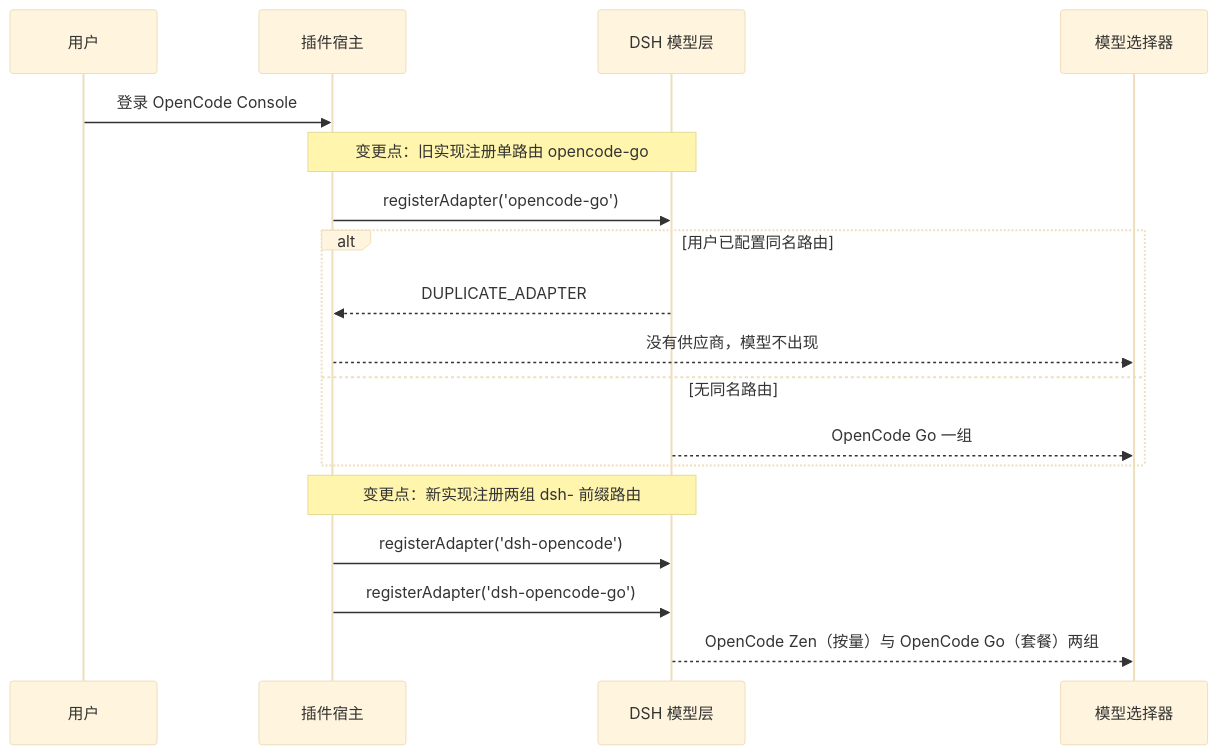
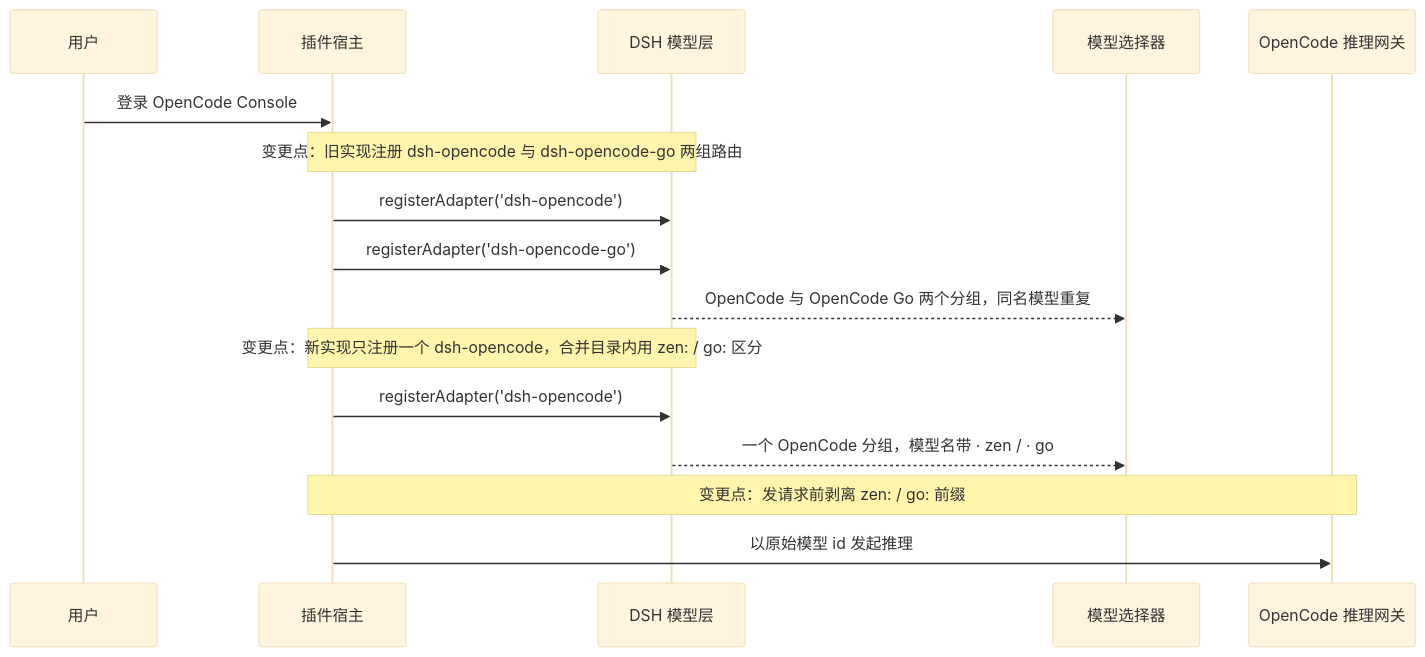
One commit to FNOSP/fnos-dsh changed the second of 5 diagrams in docs/plans/PLAN-FNOS-026-dsh-opencode-plugin.md. Above: the diagram before and after it, drawn with Mermaid (base theme). The commit also changed other lines of this file and 24 other files, not shown here.

First line of the commit message:
feat(opencode): 合并模型列表，模型名增加 zen/go 后缀

````diff
--- a/docs/plans/PLAN-FNOS-026-dsh-opencode-plugin.md
+++ b/docs/plans/PLAN-FNOS-026-dsh-opencode-plugin.md
@@ -68,20 +67,18 @@
 ```mermaid
 sequenceDiagram
   participant User as 用户
   participant Plugin as 插件宿主
   participant LLM as DSH 模型层
   participant Selector as 模型选择器
+  participant Gateway as OpenCode 推理网关
   User->>Plugin: 登录 OpenCode Console
-  Note over Plugin,LLM: 变更点：旧实现注册单路由 opencode-go
-  Plugin->>LLM: registerAdapter('opencode-go')
-  alt 用户已配置同名路由
-    LLM-->>Plugin: DUPLICATE_ADAPTER
-    Plugin-->>Selector: 没有供应商，模型不出现
-  else 无同名路由
-    LLM-->>Selector: OpenCode Go 一组
-  end
-  Note over Plugin,LLM: 变更点：新实现注册两组 dsh- 前缀路由
+  Note over Plugin,LLM: 变更点：旧实现注册 dsh-opencode 与 dsh-opencode-go 两组路由
   Plugin->>LLM: registerAdapter('dsh-opencode')
   Plugin->>LLM: registerAdapter('dsh-opencode-go')
-  LLM-->>Selector: OpenCode Zen（按量）与 OpenCode Go（套餐）两组
+  LLM-->>Selector: OpenCode 与 OpenCode Go 两个分组，同名模型重复
+  Note over Plugin,LLM: 变更点：新实现只注册一个 dsh-opencode，合并目录内用 zen: / go: 区分
+  Plugin->>LLM: registerAdapter('dsh-opencode')
+  LLM-->>Selector: 一个 OpenCode 分组，模型名带 · zen / · go
+  Note over Plugin,Gateway: 变更点：发请求前剥离 zen: / go: 前缀
+  Plugin->>Gateway: 以原始模型 id 发起推理
 ```
````
